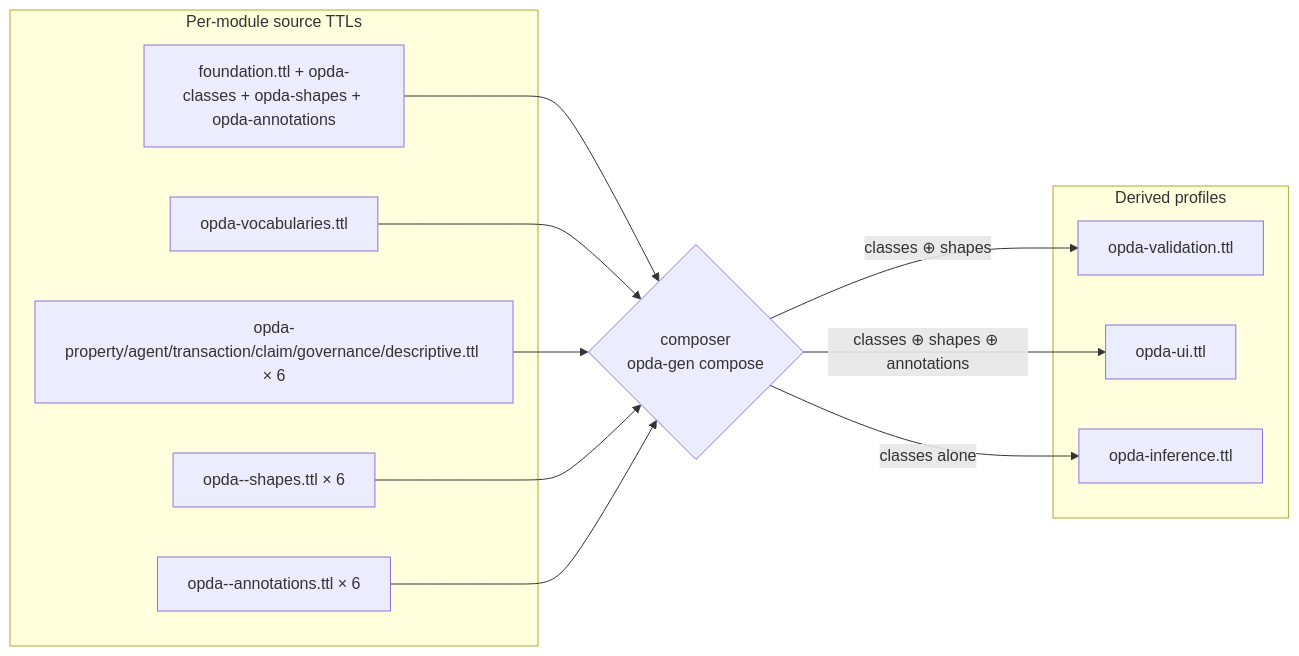
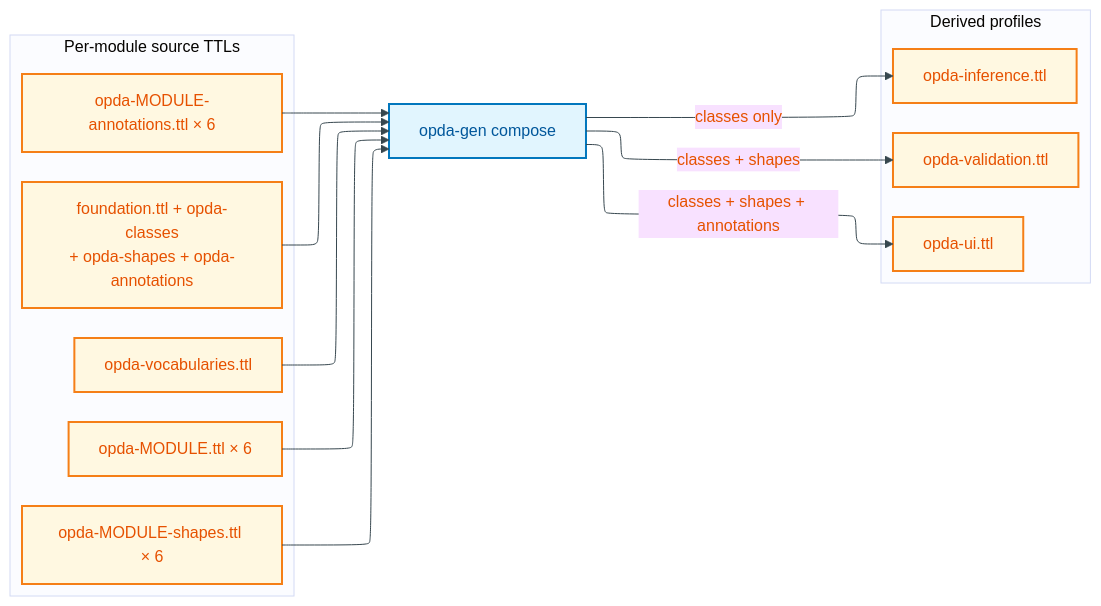
Before and after one commit to sparkling/opda: the diagram in docs/manual/physical-database/derived-profiles/README.md, drawn with Mermaid. The commit also changed other lines of this file and 36 other files, not shown here.

First line of the commit message:
docs(manual): Physical-DB tier — per-module breakdown + diagram expansion

````diff
--- a/docs/manual/physical-database/derived-profiles/README.md
+++ b/docs/manual/physical-database/derived-profiles/README.md
@@ -27,24 +32,38 @@
 ```mermaid
+---
+config:
+  layout: elk
+  elk:
+    mergeEdges: false
+    nodePlacementStrategy: BRANDES_KOEPF
+---
+%%{init: {"theme": "base", "themeVariables": {"primaryColor": "#FFF8E1", "primaryTextColor": "#E65100", "primaryBorderColor": "#F57F17", "lineColor": "#37474F"}}}%%
 flowchart LR
+    accTitle: Composer pipeline producing three derived consumer profiles
+    accDescr: Shows source TTLs flowing into the opda-gen compose step, which projects three derived consumer profiles each with a different projection rule.
+
+    classDef data fill:#FFF8E1,stroke:#F57F17,stroke-width:2px,color:#E65100
+    classDef process fill:#E1F5FE,stroke:#0277BD,stroke-width:2px,color:#01579B
+
     subgraph IN["Per-module source TTLs"]
-        F[foundation.ttl + opda-classes + opda-shapes + opda-annotations]
-        V[opda-vocabularies.ttl]
-        M[opda-property/agent/transaction/claim/governance/descriptive.ttl × 6]
-        S[opda-<module>-shapes.ttl × 6]
-        A[opda-<module>-annotations.ttl × 6]
+        F["foundation.ttl + opda-classes<br/>+ opda-shapes + opda-annotations"]:::data
+        V["opda-vocabularies.ttl"]:::data
+        M["opda-MODULE.ttl × 6"]:::data
+        S["opda-MODULE-shapes.ttl × 6"]:::data
+        A["opda-MODULE-annotations.ttl × 6"]:::data
     end
-    C{composer<br/>opda-gen compose}
+    C["opda-gen compose"]:::process
     subgraph OUT["Derived profiles"]
-        DV[opda-validation.ttl]
-        DU[opda-ui.ttl]
-        DI[opda-inference.ttl]
+        DV["opda-validation.ttl"]:::data
+        DU["opda-ui.ttl"]:::data
+        DI["opda-inference.ttl"]:::data
     end
     F --> C
     V --> C
     M --> C
     S --> C
     A --> C
-    C -->|classes ⊕ shapes| DV
-    C -->|classes ⊕ shapes ⊕ annotations| DU
-    C -->|classes alone| DI
+    C -->|classes + shapes| DV
+    C -->|classes + shapes + annotations| DU
+    C -->|classes only| DI
 ```
````
